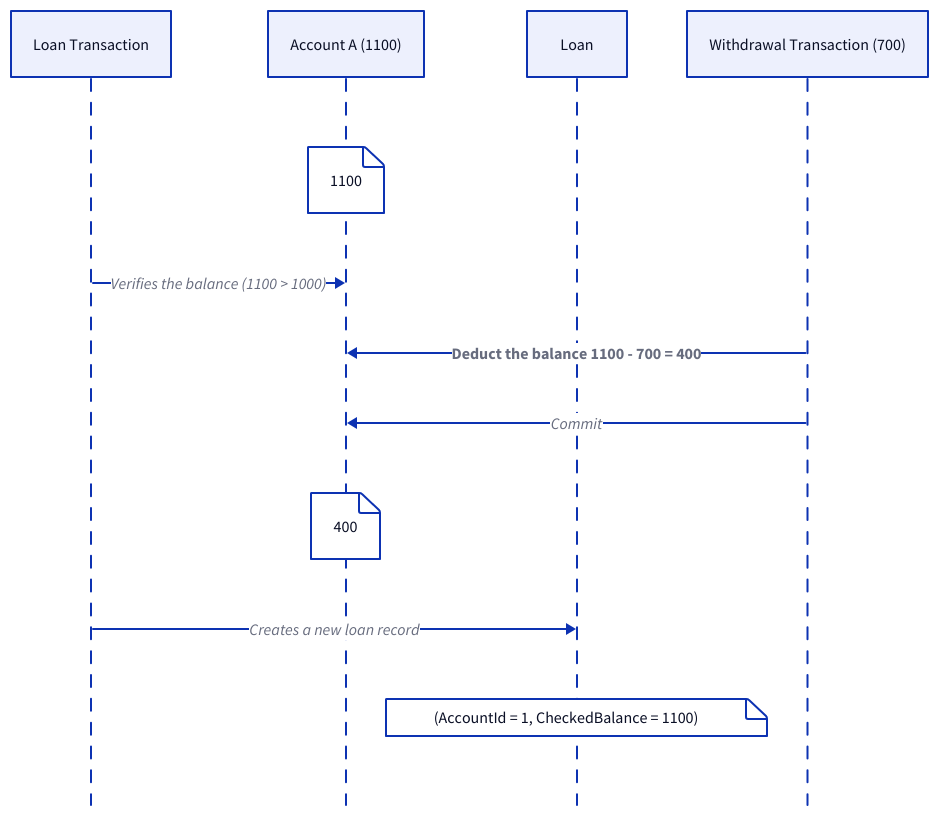
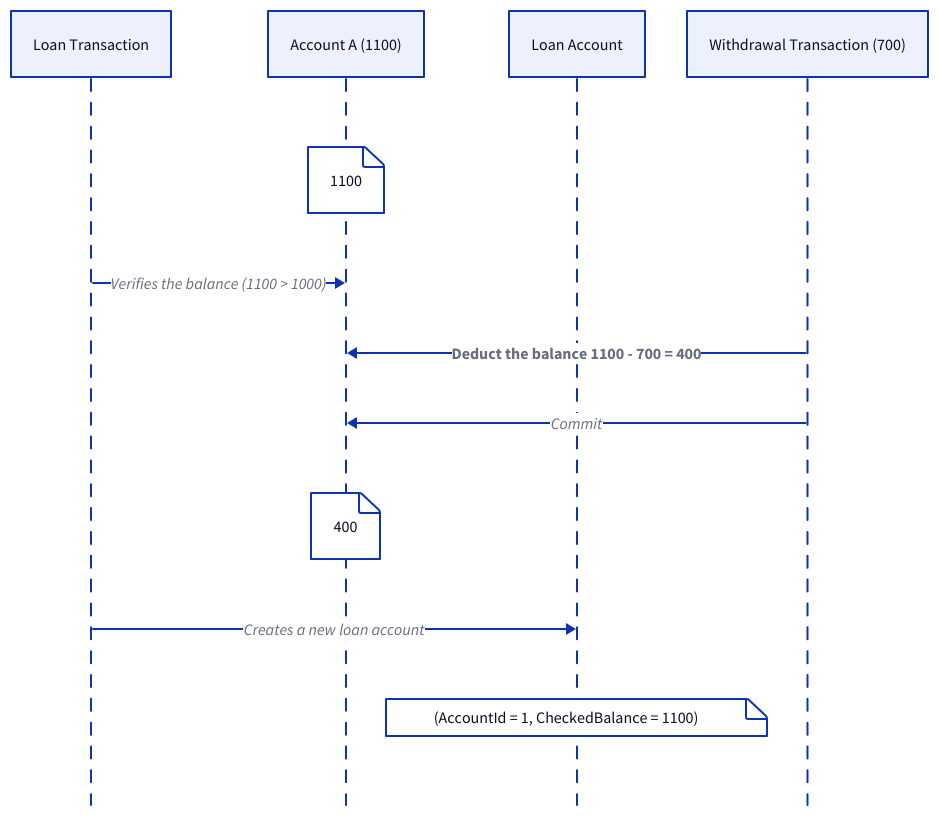
Diagram 23 of 29 in content/docs/data-persistence/sql-database/concurrency-control.md (link1905/system-design-101), drawn with D2 before and after one commit. The commit also changed other lines of this file and 49 other files, not shown here.

````diff
--- a/content/docs/data-persistence/sql-database/concurrency-control.md
+++ b/content/docs/data-persistence/sql-database/concurrency-control.md
@@ -756,26 +777,26 @@
 ```d2
 shape: sequence_diagram
 t: Loan Transaction
 a: "Account A (1100)"
-l: Loan
+l: Loan Account
 t1: "Withdrawal Transaction (700)"
 a {
   "1100"
 }
 t -> a: "Verifies the balance (1100 > 1000)"
 t1 -> a: "Deduct the balance 1100 - 700 = 400" {
   style.bold: true
 }
 t1 -> a: Commit
 a {
   "400"
 }
-t -> l: Creates a new loan record {
+t -> l: Creates a new loan account {
   class: error-conn
 }
 l {
   c: |||yaml
   (AccountId = 1, CheckedBalance = 1100)
   |||
 }
 ```
````
